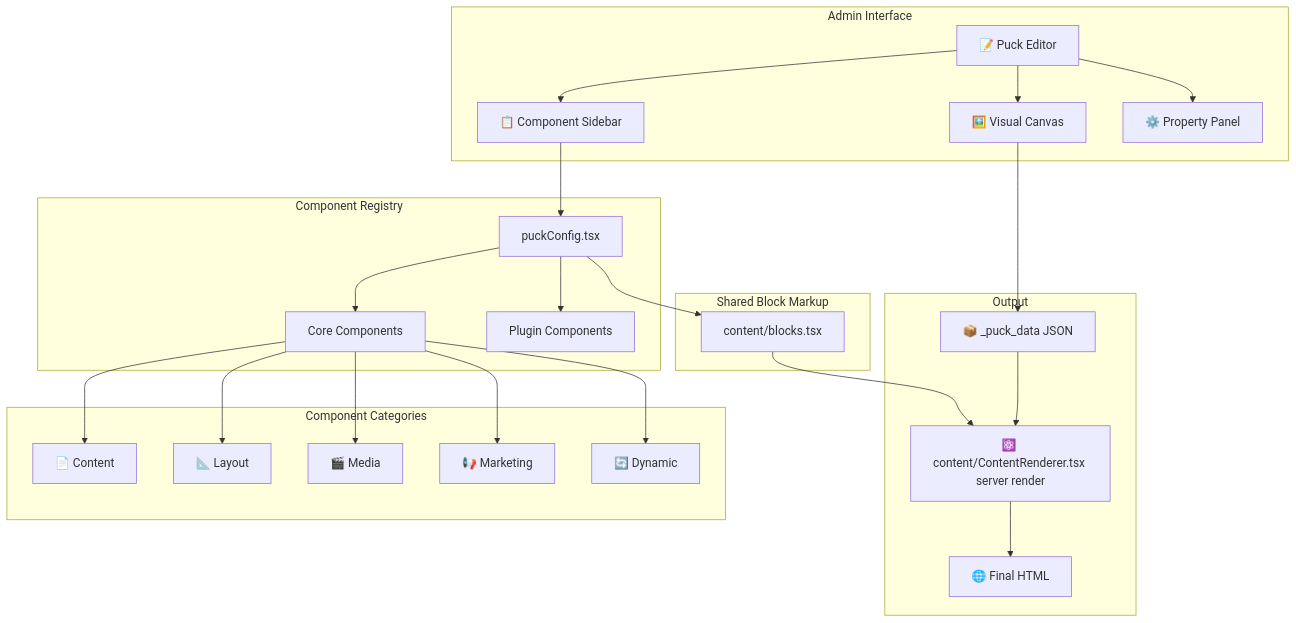
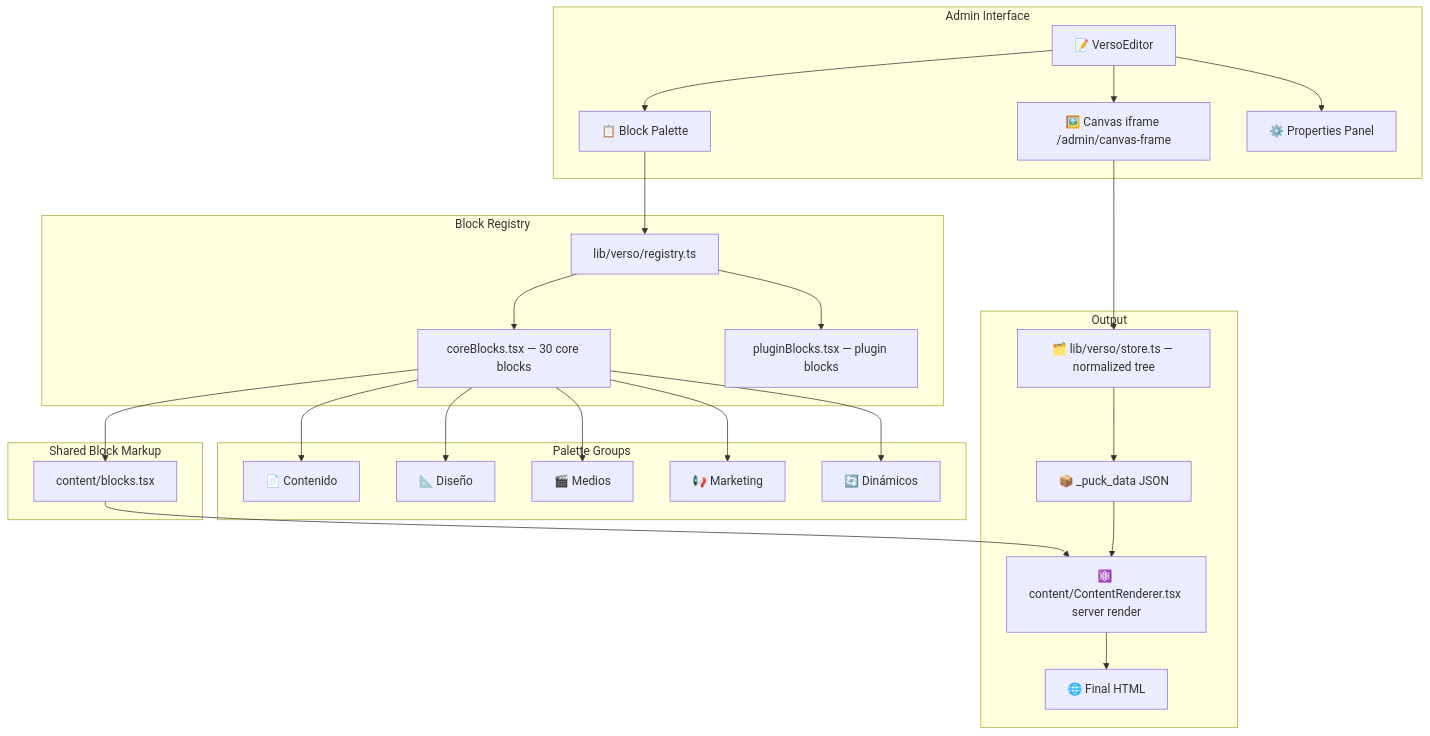
The fifth of 11 diagrams in documentation/architecture.md (jaimemartinez/wordjs), drawn with Mermaid before and after one commit. The commit also changed other lines of this file and 271 other files, not shown here.

````diff
--- a/documentation/architecture.md
+++ b/documentation/architecture.md
@@ -257,50 +257,52 @@
 ```mermaid
 graph TB
     subgraph "Admin Interface"
-        Editor[📝 Puck Editor]
-        Sidebar[📋 Component Sidebar]
-        Canvas[🖼️ Visual Canvas]
-        Props[⚙️ Property Panel]
+        Editor[📝 VersoEditor]
+        Palette[📋 Block Palette]
+        Canvas[🖼️ Canvas iframe /admin/canvas-frame]
+        Props[⚙️ Properties Panel]
     end
 
-    subgraph "Component Registry"
-        Config[puckConfig.tsx]
-        Core[Core Components]
-        Plugins[Plugin Components]
+    subgraph "Block Registry"
+        Registry[lib/verso/registry.ts]
+        Core[coreBlocks.tsx — 30 core blocks]
+        Plugins[pluginBlocks.tsx — plugin blocks]
     end
 
     subgraph "Shared Block Markup"
         Blocks[content/blocks.tsx]
     end
 
-    subgraph "Component Categories"
-        Content[📄 Content]
-        Layout[📐 Layout]
-        Media[🎬 Media]
+    subgraph "Palette Groups"
+        Content[📄 Contenido]
+        Layout[📐 Diseño]
+        Media[🎬 Medios]
         Marketing[📢 Marketing]
-        Dynamic[🔄 Dynamic]
+        Dynamic[🔄 Dinámicos]
     end
 
     subgraph "Output"
-        PuckData[📦 _puck_data JSON]
+        Store[🗂️ lib/verso/store.ts — normalized tree]
+        DocData[📦 _puck_data JSON]
         Render[⚛️ content/ContentRenderer.tsx server render]
         HTML[🌐 Final HTML]
     end
 
-    Editor --> Sidebar
+    Editor --> Palette
     Editor --> Canvas
     Editor --> Props
-    Sidebar --> Config
-    Config --> Core
-    Config --> Plugins
-    Config --> Blocks
+    Palette --> Registry
+    Registry --> Core
+    Registry --> Plugins
+    Core --> Blocks
     Blocks --> Render
     Core --> Content
     Core --> Layout
     Core --> Media
     Core --> Marketing
     Core --> Dynamic
-    Canvas --> PuckData
-    PuckData --> Render
+    Canvas --> Store
+    Store --> DocData
+    DocData --> Render
     Render --> HTML
 ```
````
